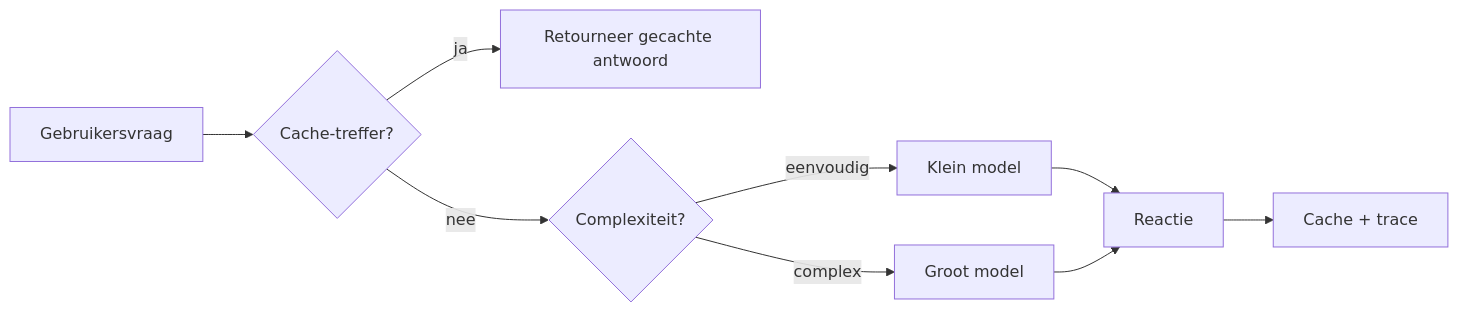
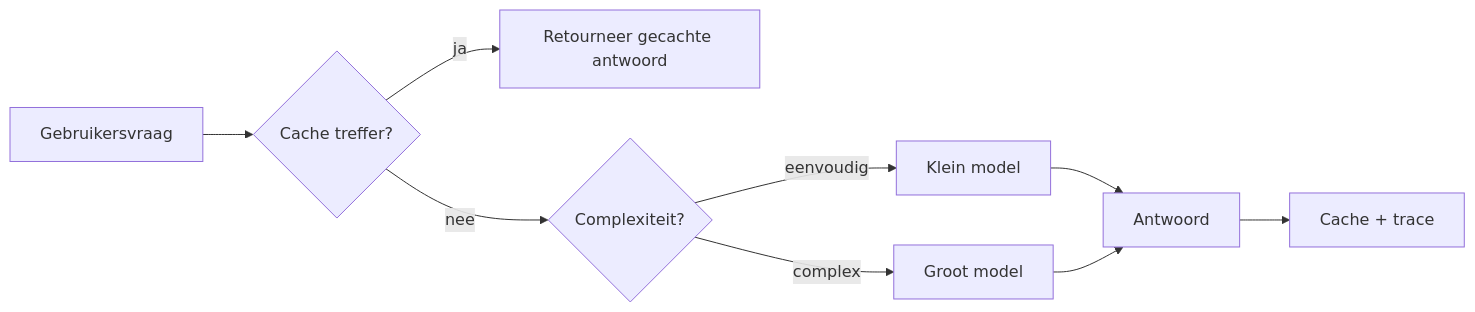
The third of 4 diagrams in mirrors/repos/microsoft@ai-agents-for-beginners/translations/nl/16-deploying-scalable-agents/README.md (gabrielmoreira/agent-skills-mirror), drawn with Mermaid before and after one commit. The commit also changed other lines of this file and 3581 other files, not shown here.

````diff
--- a/mirrors/repos/microsoft@ai-agents-for-beginners/translations/nl/16-deploying-scalable-agents/README.md
+++ b/mirrors/repos/microsoft@ai-agents-for-beginners/translations/nl/16-deploying-scalable-agents/README.md
@@ -134,11 +134,11 @@
 ```mermaid
 flowchart LR
-    Q[Gebruikersvraag] --> C{Cache-treffer?}
+    Q[Gebruikersvraag] --> C{Cache treffer?}
     C -->|ja| R[Retourneer gecachte antwoord]
     C -->|nee| Router{Complexiteit?}
     Router -->|eenvoudig| SLM[Klein model]
     Router -->|complex| LLM[Groot model]
-    SLM --> Out[Reactie]
+    SLM --> Out[Antwoord]
     LLM --> Out
     Out --> Store[Cache + trace]
 ```
````
